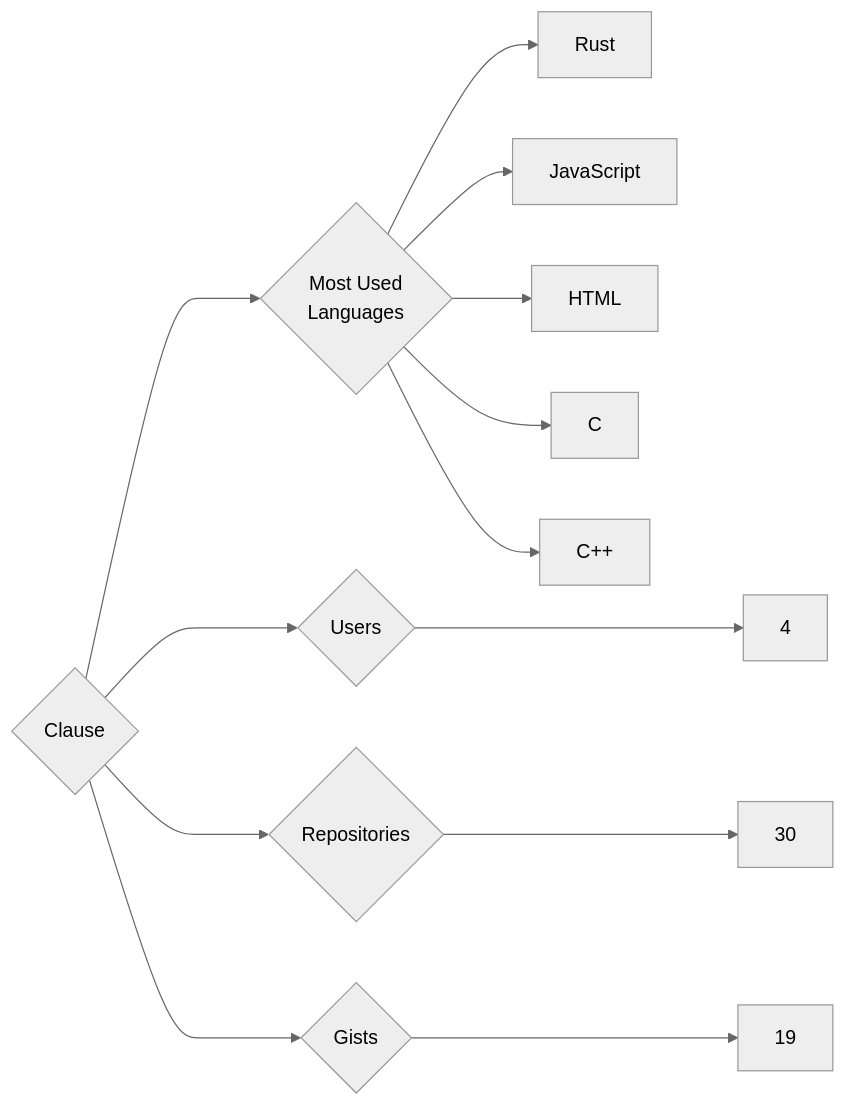
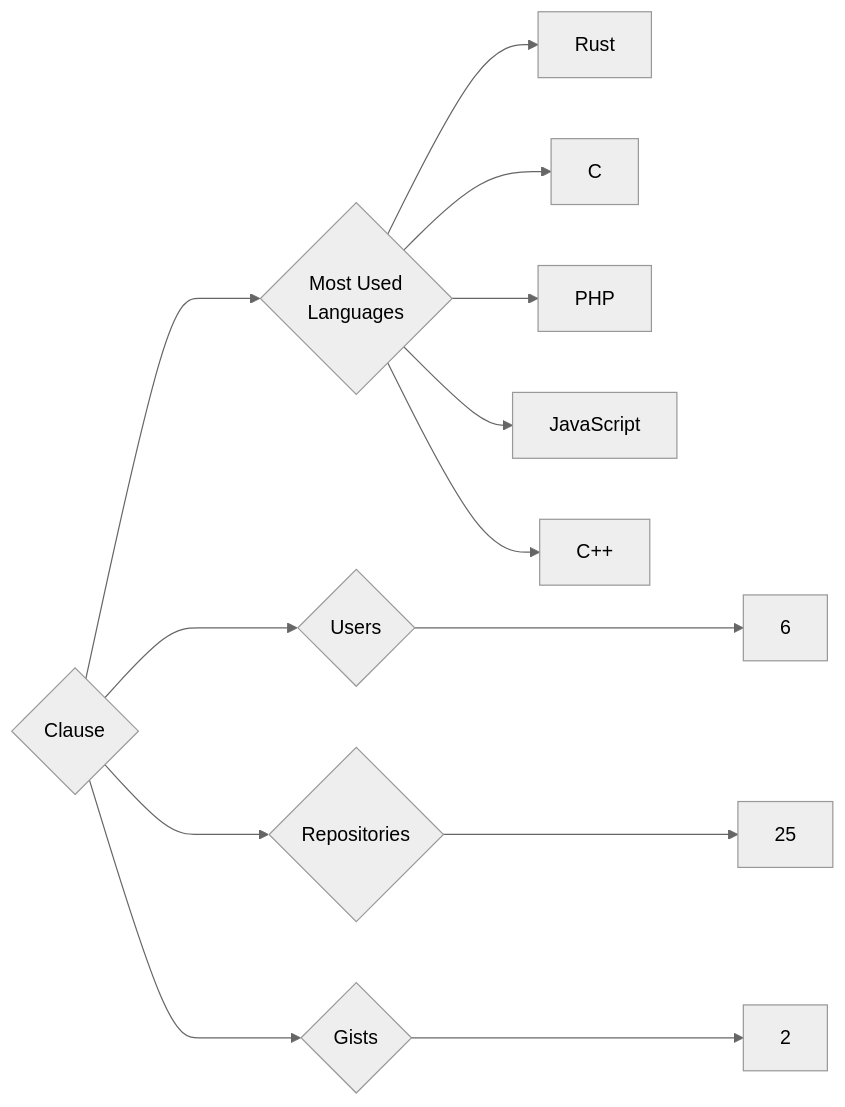
Before and after one commit to trickest/insiders: the diagram in targets/Clause/README.md, drawn with Mermaid (neutral theme). The commit also changed 900 other files, not shown here.

````diff
--- a/targets/Clause/README.md
+++ b/targets/Clause/README.md
@@ -3,13 +3,13 @@
 ```mermaid
 graph LR
 COMPANY_NAME{Clause}
-COMPANY_NAME ---> U{Users} ---> UN[4]
-COMPANY_NAME ---> R{Repositories} ---> RN[30]
-COMPANY_NAME ---> G{Gists} ---> GN[19]
+COMPANY_NAME ---> U{Users} ---> UN[6]
+COMPANY_NAME ---> R{Repositories} ---> RN[25]
+COMPANY_NAME ---> G{Gists} ---> GN[2]
 COMPANY_NAME ---> ML{Most Used<br>Languages}
 ML --> Rust[Rust]
+ML --> C[C]
+ML --> PHP[PHP]
 ML --> JavaScript[JavaScript]
-ML --> HTML[HTML]
-ML --> C[C]
 ML --> C++[C++]
 ```
````
